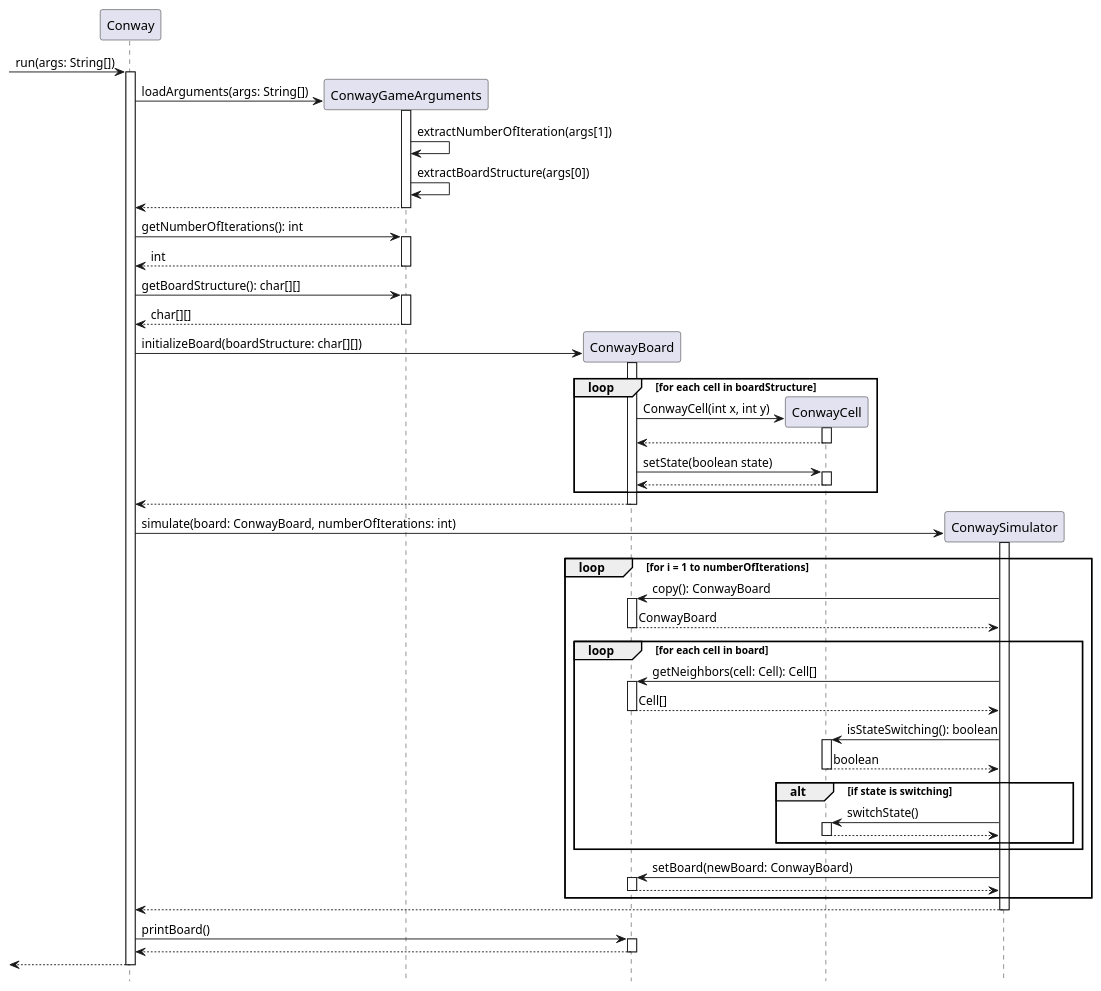
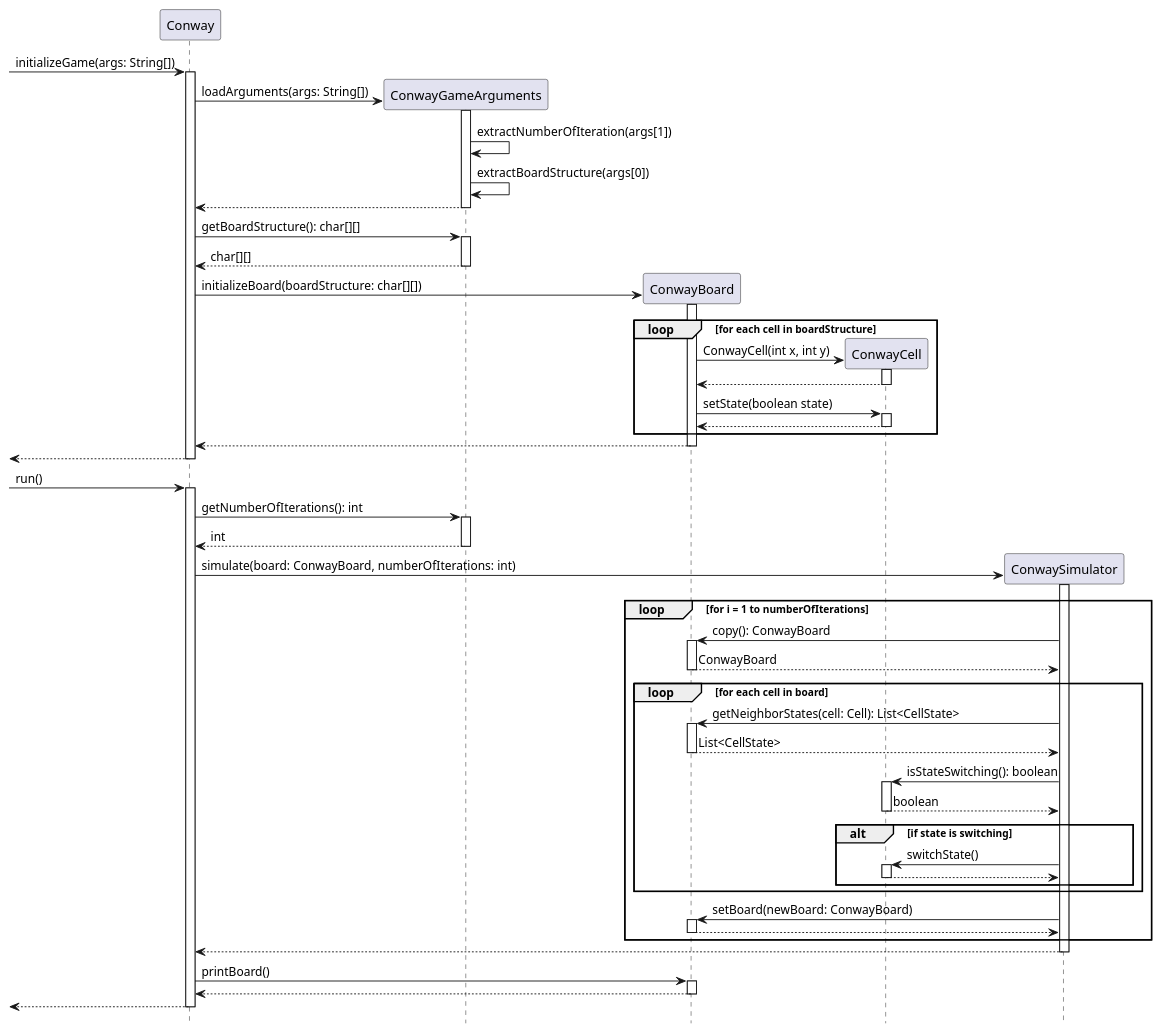
Before and after one commit to Sileye54/Conway-Game-of-Life: the diagram in _models/sequence_diagram.puml, drawn with PlantUML. The commit also changed 9 other files, not shown here.

```diff
--- a/_models/sequence_diagram.puml
+++ b/_models/sequence_diagram.puml
@@ -1,76 +1,80 @@
 @startuml
 
 hide footbox
 participant "Conway" as conway
-[-> conway: run(args: String[])
+[-> conway: initializeGame(args: String[])
 activate conway
     create participant "ConwayGameArguments" as args
     conway -> args: loadArguments(args: String[])
     activate args
     args -> args: extractNumberOfIteration(args[1])
     args -> args: extractBoardStructure(args[0])
     args --> conway
-    deactivate args
-    conway -> args: getNumberOfIterations(): int
-    activate args
-    args --> conway: int
     deactivate args
     conway -> args: getBoardStructure(): char[][]
     activate args
     args --> conway: char[][]
     deactivate args
     create participant "ConwayBoard" as board
     conway -> board: initializeBoard(boardStructure: char[][])
     activate board
     loop for each cell in boardStructure
         create participant "ConwayCell" as cell
         board -> cell: ConwayCell(int x, int y)
         activate cell
         cell --> board
         deactivate cell
         board -> cell: setState(boolean state)
         activate cell
         cell --> board
         deactivate cell
     end
-    board --> conway: 
-    deactivate board
+    board --> conway:  
+    deactivate board 
+    [<-- conway:
+    deactivate conway
+    [-> conway: run()
+    activate conway
+    conway -> args: getNumberOfIterations(): int
+    activate args
+    args --> conway: int
+    deactivate args
     create participant "ConwaySimulator" as simulator
     conway -> simulator: simulate(board: ConwayBoard, numberOfIterations: int)
     activate simulator
     loop for i = 1 to numberOfIterations
         simulator -> board: copy(): ConwayBoard
         activate board
         board --> simulator: ConwayBoard
         deactivate board
         loop for each cell in board
-            simulator -> board: getNeighbors(cell: Cell): Cell[]
+            simulator -> board: getNeighborStates(cell: Cell): List<CellState>
             activate board
-            board --> simulator: Cell[]
+            board --> simulator: List<CellState>
             deactivate board
             simulator -> cell: isStateSwitching(): boolean
-            activate cell
+            activate cell   
             cell --> simulator: boolean
             deactivate cell
             alt if state is switching
                 simulator -> cell: switchState()
                 activate cell
                 cell --> simulator
                 deactivate cell
             end
         end
         simulator -> board: setBoard(newBoard: ConwayBoard)
         activate board
         board --> simulator
         deactivate board
     end
     simulator --> conway:
     deactivate simulator
     conway -> board: printBoard()
     activate board
     board --> conway
     deactivate board
     [<-- conway:
 deactivate conway
 
 @enduml
```
